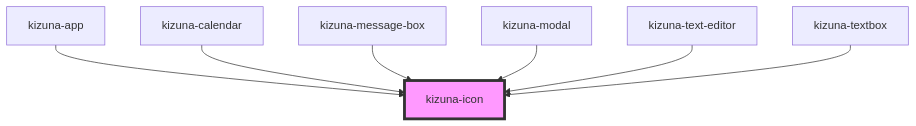
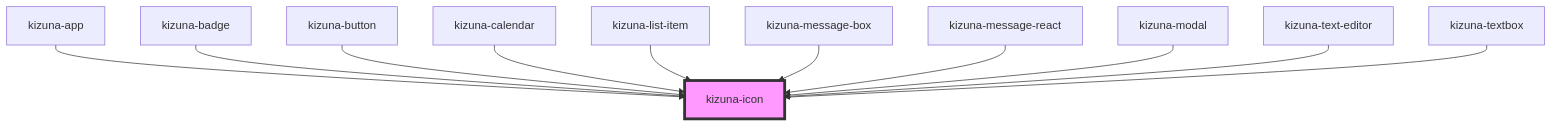
Before and after one commit to hc-institute-japan/kizunakit: the diagram in kizuna-design-kit/src/components/kizuna-icon/readme.md, drawn with Mermaid. The commit also changed other lines of this file and 8 other files, not shown here.

````diff
--- a/kizuna-design-kit/src/components/kizuna-icon/readme.md
+++ b/kizuna-design-kit/src/components/kizuna-icon/readme.md
@@ -29,10 +33,14 @@
 ```mermaid
 graph TD;
   kizuna-app --> kizuna-icon
+  kizuna-badge --> kizuna-icon
+  kizuna-button --> kizuna-icon
   kizuna-calendar --> kizuna-icon
+  kizuna-list-item --> kizuna-icon
   kizuna-message-box --> kizuna-icon
+  kizuna-message-react --> kizuna-icon
   kizuna-modal --> kizuna-icon
   kizuna-text-editor --> kizuna-icon
   kizuna-textbox --> kizuna-icon
   style kizuna-icon fill:#f9f,stroke:#333,stroke-width:4px
 ```
````
